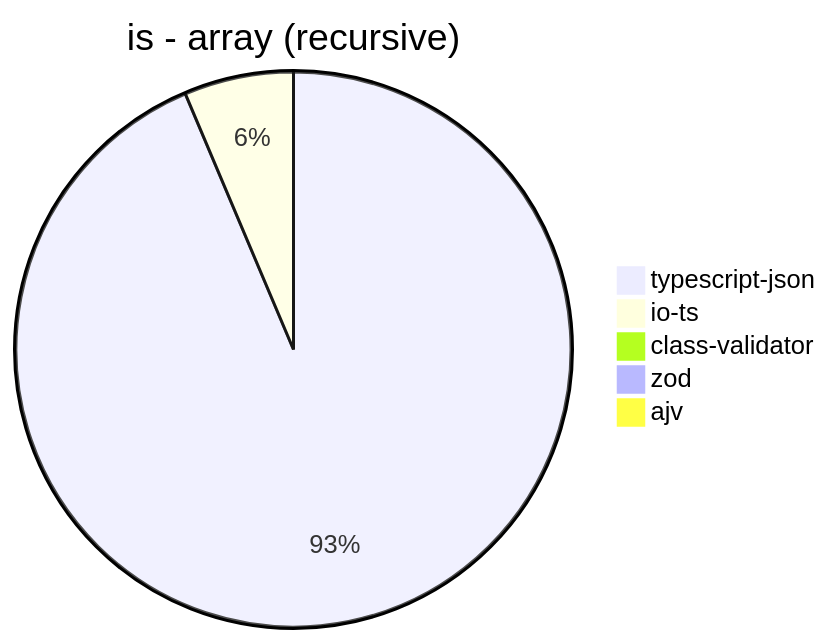
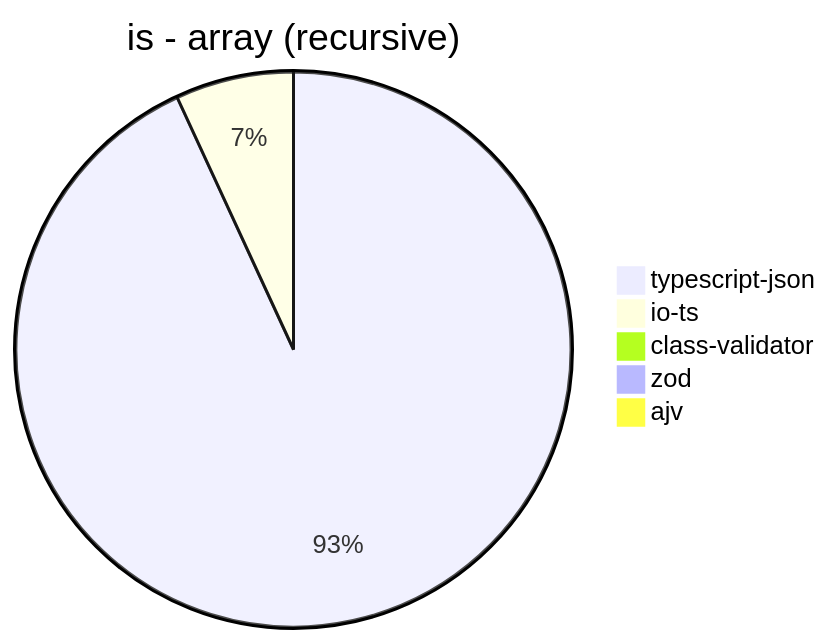
The fifth of 40 diagrams in benchmark/results/AMD Ryzen 7 5800H with Radeon Graphics.md (samchon/typia), drawn with Mermaid before and after one commit. The commit also changed other lines of this file and 4 other files, not shown here.

````diff
--- a/benchmark/results/AMD Ryzen 7 5800H with Radeon Graphics.md
+++ b/benchmark/results/AMD Ryzen 7 5800H with Radeon Graphics.md
@@ -61,8 +61,8 @@
 ```mermaid
 pie title is - array (recursive)
-  "typescript-json": 7315.894641235241
-  "io-ts": 497.71355405158226
-  "class-validator": 3.5998484274346345
-  "zod": 8.867924528301888
+  "typescript-json": 6923.586816424231
+  "io-ts": 511.4648474512033
+  "class-validator": 3.7615196539401916
+  "zod": 8.90207715133531
   "ajv": 0
 ```
````
